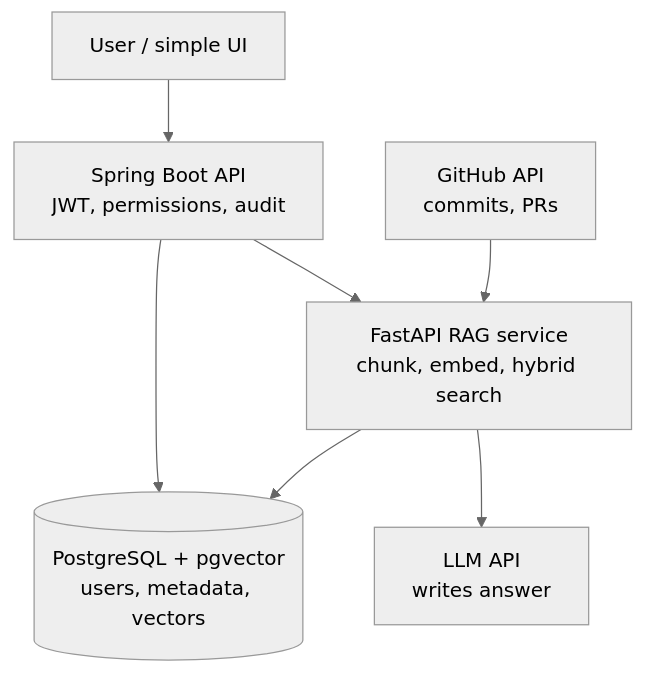
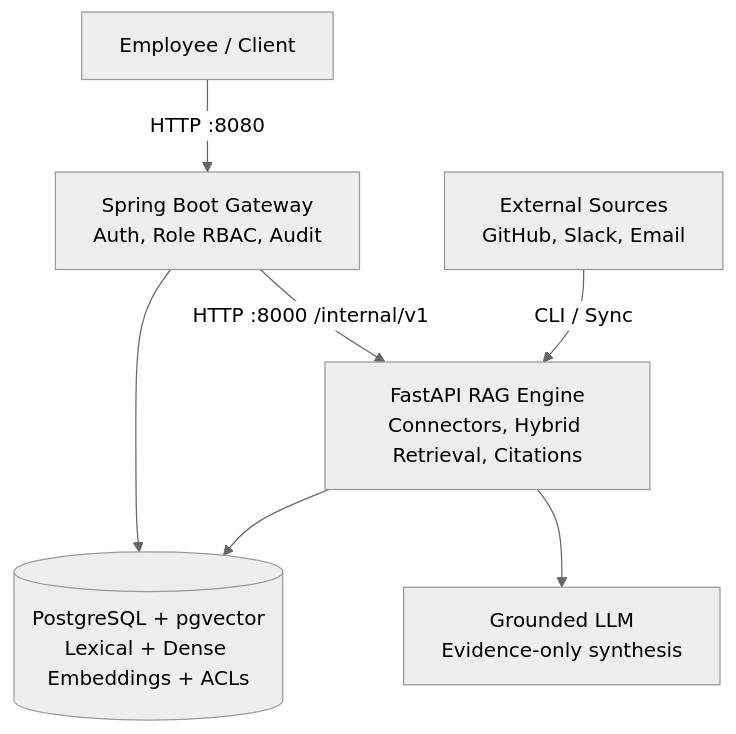
The diagram in README.md (shivam22-source/WorkMesh), drawn with Mermaid (neutral theme) before and after one commit. The commit also changed other lines of this file and 17 other files, not shown here.

````diff
--- a/README.md
+++ b/README.md
@@ -28,9 +47,9 @@
 ```mermaid
 flowchart TD
-    U[User / simple UI] --> J[Spring Boot API<br/>JWT, permissions, audit]
-    J --> P[FastAPI RAG service<br/>chunk, embed, hybrid search]
-    G[GitHub API<br/>commits, PRs] --> P
-    P --> L[LLM API<br/>writes answer]
-    P --> D[(PostgreSQL + pgvector<br/>users, metadata, vectors)]
+    U[Employee / Client] -->|HTTP :8080| J[Spring Boot Gateway<br/>Auth, Role RBAC, Audit]
+    J -->|HTTP :8000 /internal/v1| P[FastAPI RAG Engine<br/>Connectors, Hybrid Retrieval, Citations]
+    G[External Sources<br/>GitHub, Slack, Email] -->|CLI / Sync| P
+    P --> L[Grounded LLM<br/>Evidence-only synthesis]
+    P --> D[(PostgreSQL + pgvector<br/>Lexical + Dense Embeddings + ACLs)]
     J --> D
 ```
````
